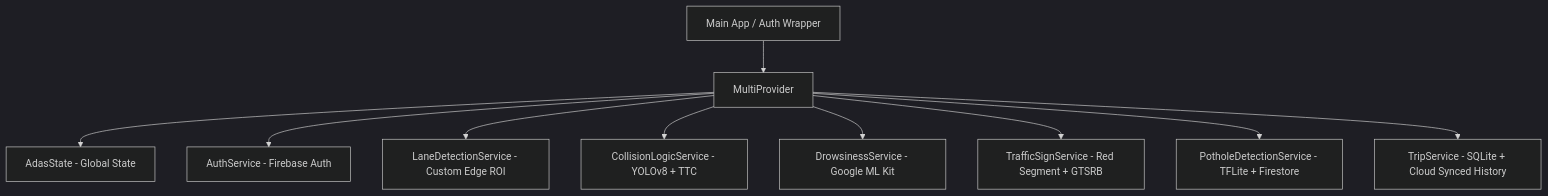
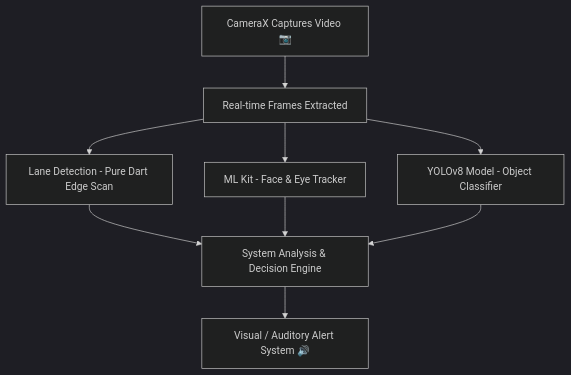
Before and after one commit to aaronmohan/Nexra_Adas_app: the diagram in README.md, drawn with Mermaid (dark theme). The commit also changed other lines of this file, not shown here.

Commit message:
docs: align README with NEXRA core system logic, pure Dart lane detection, and exam specifications

````diff
--- a/README.md
+++ b/README.md
@@ -69,12 +30,9 @@
 ```mermaid
 graph TD
-    A[Main App / Auth Wrapper] --> B[MultiProvider]
-    B --> C[AdasState - Global State]
-    B --> D[AuthService - Firebase Auth]
-    B --> E[LaneDetectionService - Custom Edge ROI]
-    B --> F[CollisionLogicService - YOLOv8 + TTC]
-    B --> G[DrowsinessService - Google ML Kit]
-    B --> H[TrafficSignService - Red Segment + GTSRB]
-    B --> I[PotholeDetectionService - TFLite + Firestore]
-    B --> J[TripService - SQLite + Cloud Synced History]
+    A[CameraX Captures Video 📷] --> B[Real-time Frames Extracted]
+    B --> C[Lane Detection - Pure Dart Edge Scan]
+    B --> D[ML Kit - Face & Eye Tracker]
+    B --> E[YOLOv8 Model - Object Classifier]
+    C & D & E --> F[System Analysis & Decision Engine]
+    F --> G[Visual / Auditory Alert System 🔊]
 ```
````
